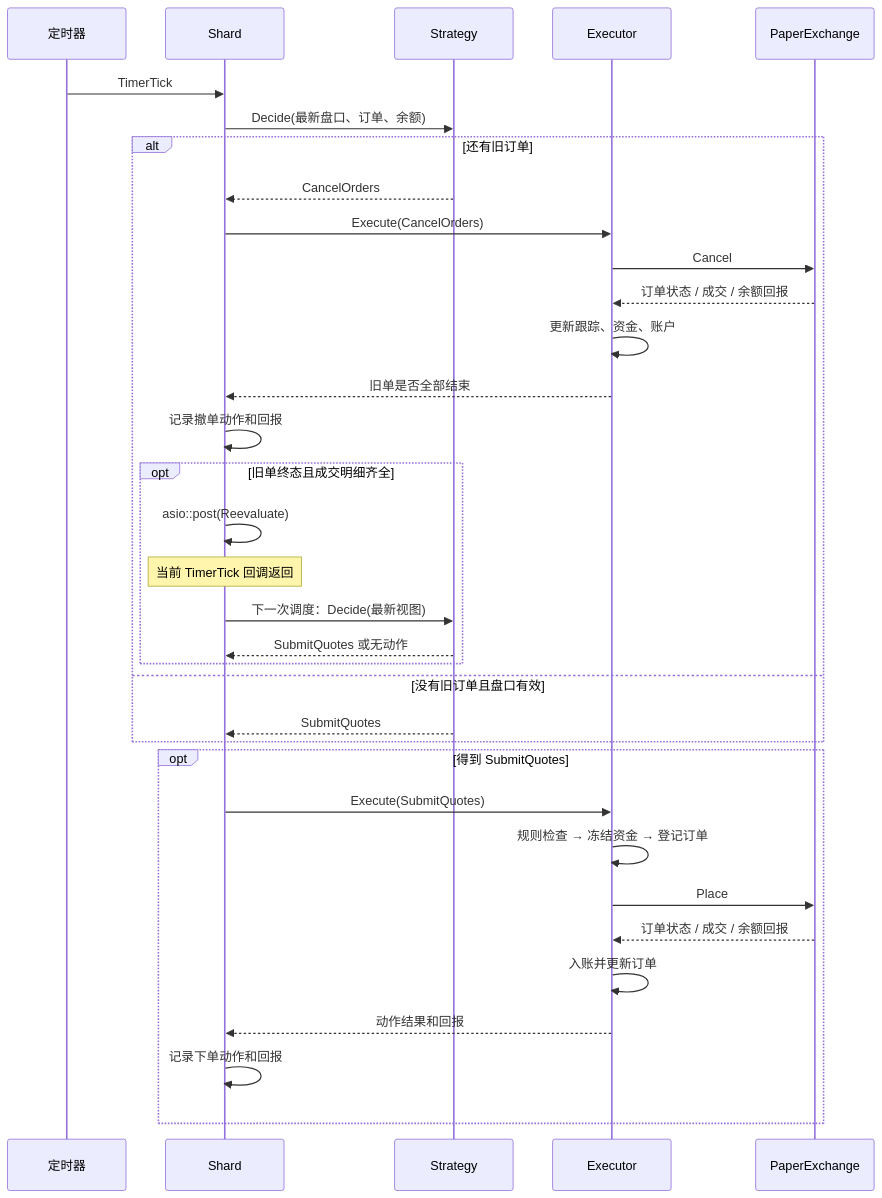
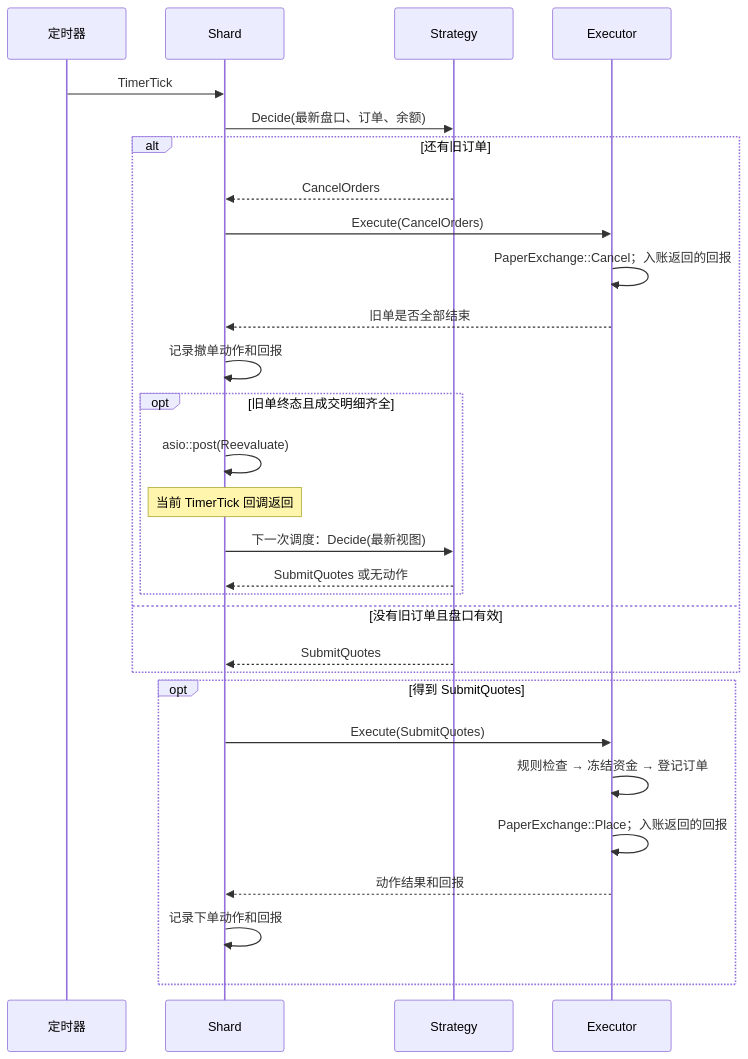
Before and after one commit to larrystd/hbot-quant: the fourth of 6 diagrams in docs/DESIGN.md, drawn with Mermaid. The commit also changed other lines of this file, not shown here.

Commit message:
Show PaperExchange consistently inside Executor

```diff
--- a/docs/DESIGN.md
+++ b/docs/DESIGN.md
@@ -245,36 +257,31 @@
 ~~~mermaid
 sequenceDiagram
     participant T as 定时器
     participant S as Shard
     participant P as Strategy
     participant E as Executor
-    participant X as PaperExchange
     T->>S: TimerTick
     S->>P: Decide(最新盘口、订单、余额)
     alt 还有旧订单
         P-->>S: CancelOrders
         S->>E: Execute(CancelOrders)
-        E->>X: Cancel
-        X-->>E: 订单状态 / 成交 / 余额回报
-        E->>E: 更新跟踪、资金、账户
+        E->>E: PaperExchange::Cancel；入账返回的回报
         E-->>S: 旧单是否全部结束
         S->>S: 记录撤单动作和回报
         opt 旧单终态且成交明细齐全
             S->>S: asio::post(Reevaluate)
             Note over S: 当前 TimerTick 回调返回
             S->>P: 下一次调度：Decide(最新视图)
             P-->>S: SubmitQuotes 或无动作
         end
     else 没有旧订单且盘口有效
         P-->>S: SubmitQuotes
     end
     opt 得到 SubmitQuotes
         S->>E: Execute(SubmitQuotes)
         E->>E: 规则检查 → 冻结资金 → 登记订单
-        E->>X: Place
-        X-->>E: 订单状态 / 成交 / 余额回报
-        E->>E: 入账并更新订单
+        E->>E: PaperExchange::Place；入账返回的回报
         E-->>S: 动作结果和回报
         S->>S: 记录下单动作和回报
     end
 ~~~
```
